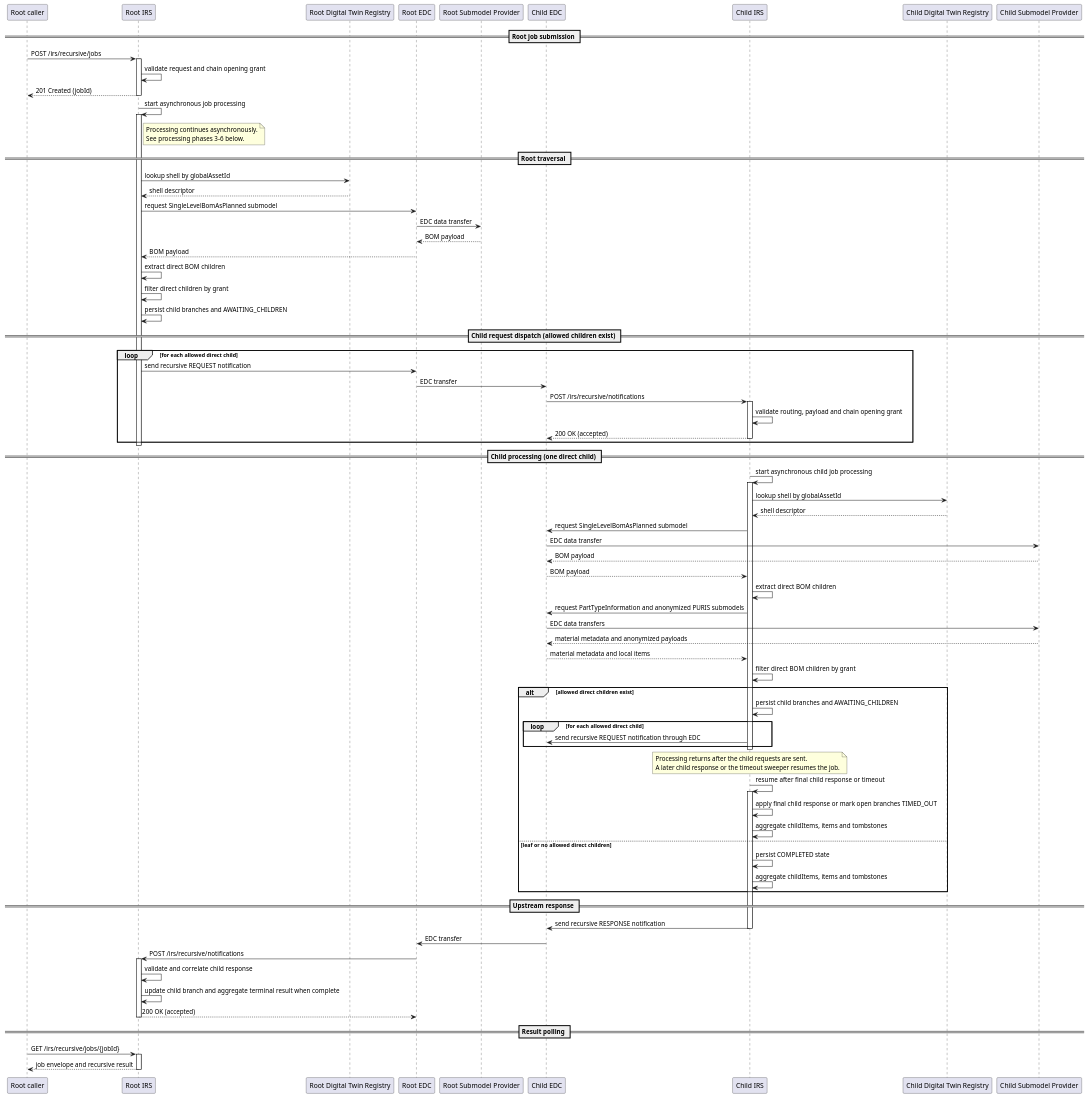
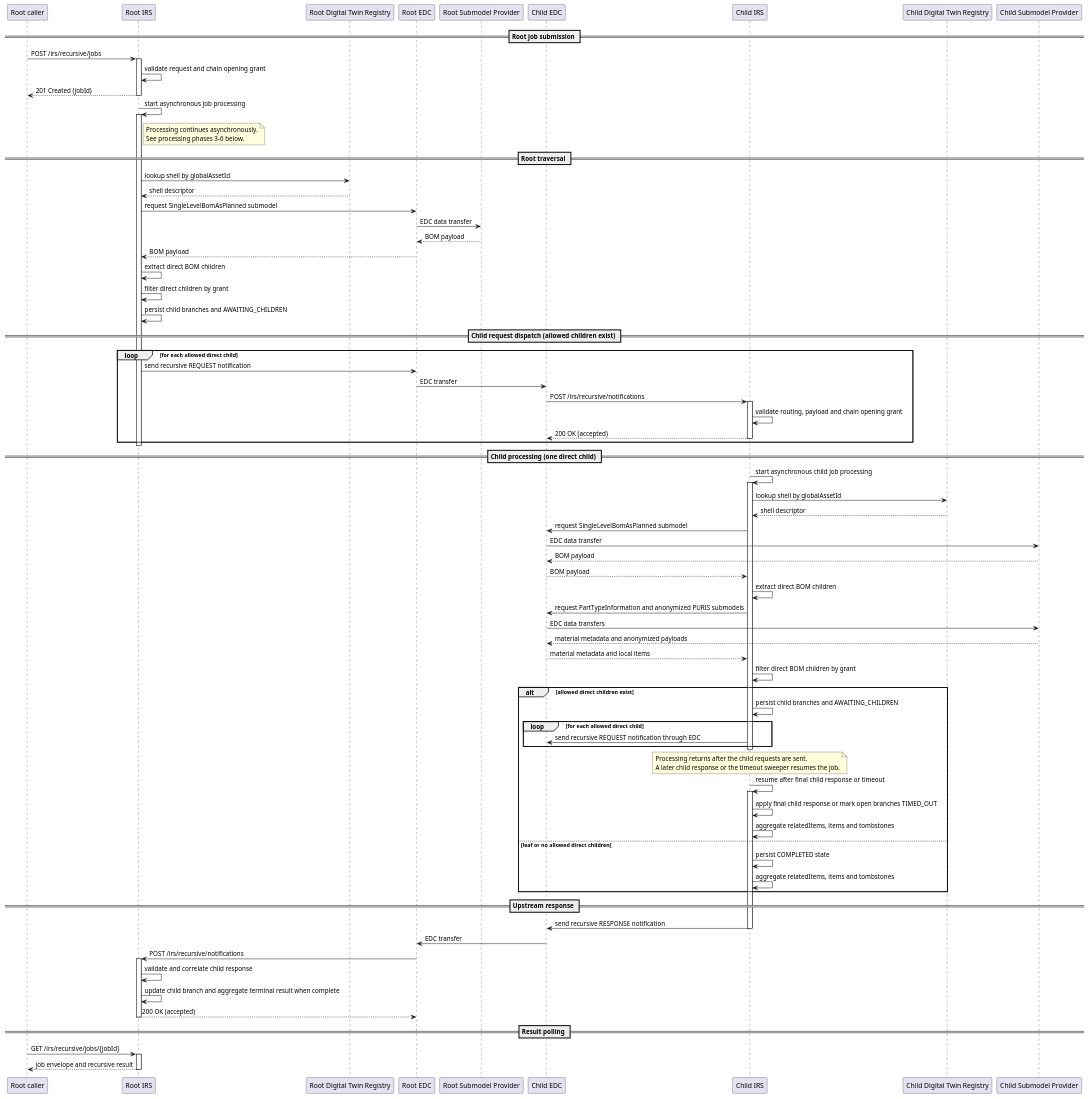
The diagram in docs/src/uml-diagrams/runtime-view/recursive-puris/recursive-puris-job.puml (eclipse-tractusx/item-relationship-service), drawn with PlantUML before and after one commit. The commit also changed 53 other files, not shown here.

```diff
--- a/docs/src/uml-diagrams/runtime-view/recursive-puris/recursive-puris-job.puml
+++ b/docs/src/uml-diagrams/runtime-view/recursive-puris/recursive-puris-job.puml
@@ -1,108 +1,108 @@
 @startuml
 
 participant "Root caller" as Caller
 participant "Root IRS" as Root
 participant "Root Digital Twin Registry" as RootDtr
 participant "Root EDC" as RootEdc
 participant "Root Submodel Provider" as RootSubmodel
 participant "Child EDC" as ChildEdc
 participant "Child IRS" as Child
 participant "Child Digital Twin Registry" as ChildDtr
 participant "Child Submodel Provider" as ChildSubmodel
 
 == Root job submission ==
 
 Caller -> Root: POST /irs/recursive/jobs
 activate Root
 Root -> Root: validate request and chain opening grant
 Root --> Caller: 201 Created (jobId)
 deactivate Root
 
 Root -> Root: start asynchronous job processing
 activate Root
 note right of Root
   Processing continues asynchronously.
   See processing phases 3-6 below.
 end note
 
 == Root traversal ==
 
 Root -> RootDtr: lookup shell by globalAssetId
 RootDtr --> Root: shell descriptor
 Root -> RootEdc: request SingleLevelBomAsPlanned submodel
 RootEdc -> RootSubmodel: EDC data transfer
 RootSubmodel --> RootEdc: BOM payload
 RootEdc --> Root: BOM payload
 Root -> Root: extract direct BOM children
 Root -> Root: filter direct children by grant
 Root -> Root: persist child branches and AWAITING_CHILDREN
 
 == Child request dispatch (allowed children exist) ==
 
 loop for each allowed direct child
     Root -> RootEdc: send recursive REQUEST notification
     RootEdc -> ChildEdc: EDC transfer
     ChildEdc -> Child: POST /irs/recursive/notifications
     activate Child
     Child -> Child: validate routing, payload and chain opening grant
     Child --> ChildEdc: 200 OK (accepted)
     deactivate Child
 end
 deactivate Root
 
 == Child processing (one direct child) ==
 
 Child -> Child: start asynchronous child job processing
 activate Child
 Child -> ChildDtr: lookup shell by globalAssetId
 ChildDtr --> Child: shell descriptor
 Child -> ChildEdc: request SingleLevelBomAsPlanned submodel
 ChildEdc -> ChildSubmodel: EDC data transfer
 ChildSubmodel --> ChildEdc: BOM payload
 ChildEdc --> Child: BOM payload
 Child -> Child: extract direct BOM children
 Child -> ChildEdc: request PartTypeInformation and anonymized PURIS submodels
 ChildEdc -> ChildSubmodel: EDC data transfers
 ChildSubmodel --> ChildEdc: material metadata and anonymized payloads
 ChildEdc --> Child: material metadata and local items
 Child -> Child: filter direct BOM children by grant
 
 alt allowed direct children exist
     Child -> Child: persist child branches and AWAITING_CHILDREN
     loop for each allowed direct child
         Child -> ChildEdc: send recursive REQUEST notification through EDC
     end
     deactivate Child
     note over Child
         Processing returns after the child requests are sent.
         A later child response or the timeout sweeper resumes the job.
     end note
     Child -> Child: resume after final child response or timeout
     activate Child
     Child -> Child: apply final child response or mark open branches TIMED_OUT
-    Child -> Child: aggregate childItems, items and tombstones
+    Child -> Child: aggregate relatedItems, items and tombstones
 else leaf or no allowed direct children
     Child -> Child: persist COMPLETED state
-    Child -> Child: aggregate childItems, items and tombstones
+    Child -> Child: aggregate relatedItems, items and tombstones
 end
 
 == Upstream response ==
 
 Child -> ChildEdc: send recursive RESPONSE notification
 deactivate Child
 ChildEdc -> RootEdc: EDC transfer
 RootEdc -> Root: POST /irs/recursive/notifications
 activate Root
 Root -> Root: validate and correlate child response
 Root -> Root: update child branch and aggregate terminal result when complete
 Root --> RootEdc: 200 OK (accepted)
 deactivate Root
 
 == Result polling ==
 
 Caller -> Root: GET /irs/recursive/jobs/{jobId}
 activate Root
 Root --> Caller: job envelope and recursive result
 deactivate Root
 
 @enduml
```
